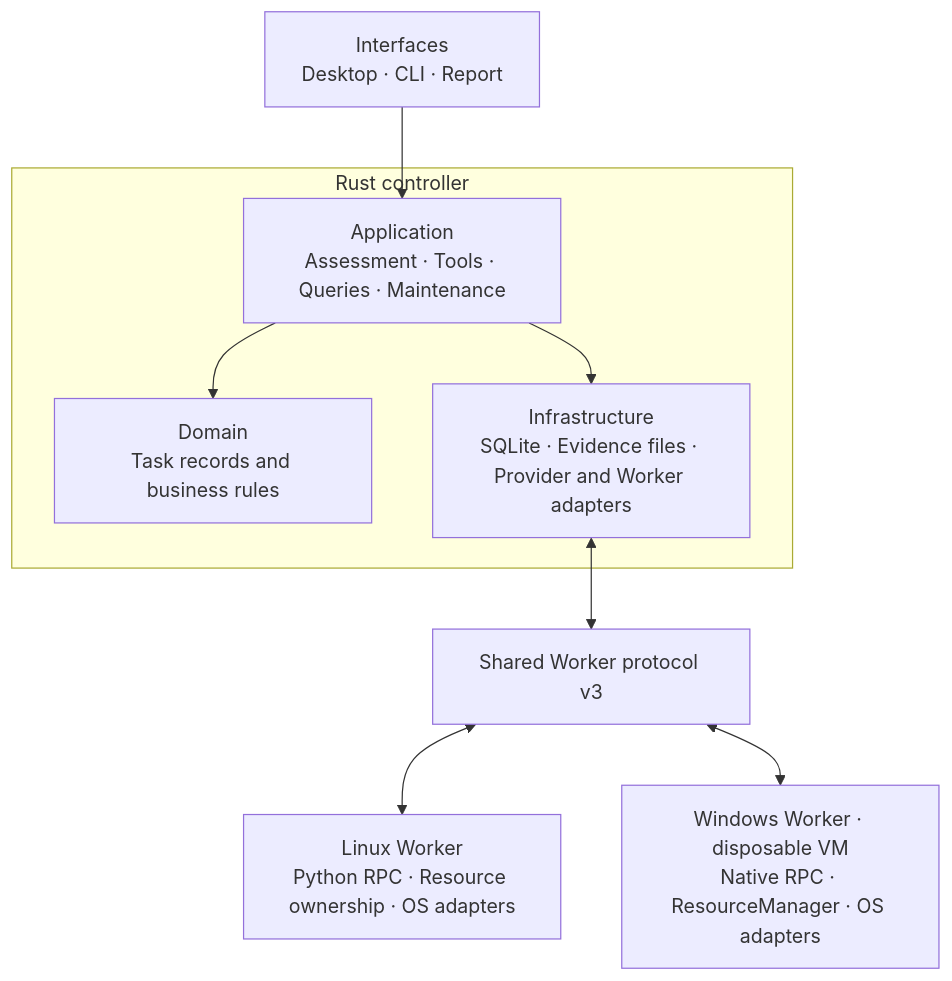
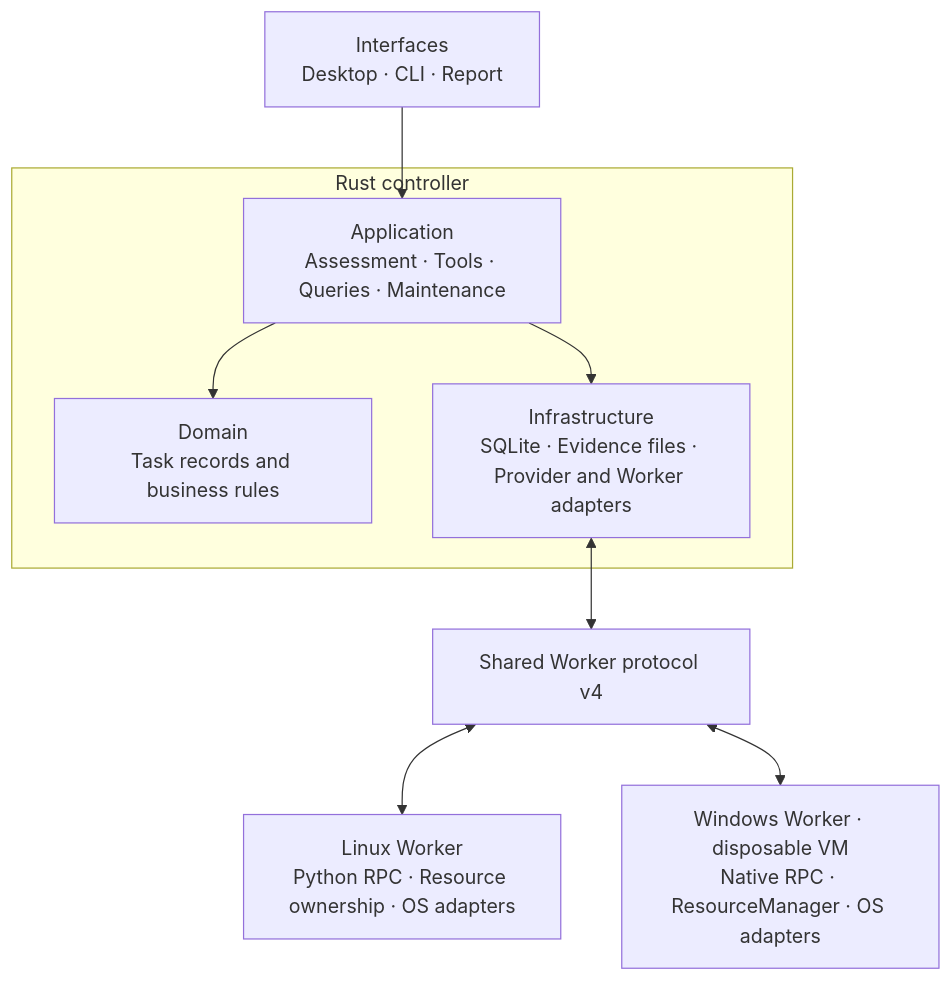
Before and after one commit to mark0-cn/Wukong: the first of 3 diagrams in docs/design/architecture.md, drawn with Mermaid. The commit also changed other lines of this file and 10 other files, not shown here.

````diff
--- a/docs/design/architecture.md
+++ b/docs/design/architecture.md
@@ -19,18 +19,18 @@
 ```mermaid
 flowchart TB
     IN["Interfaces<br/>Desktop · CLI · Report"]
     subgraph CONTROL["Rust controller"]
         APP["Application<br/>Assessment · Tools · Queries · Maintenance"]
         DOMAIN["Domain<br/>Task records and business rules"]
         IO["Infrastructure<br/>SQLite · Evidence files · Provider and Worker adapters"]
         APP --> DOMAIN
         APP --> IO
     end
-    PROTO["Shared Worker protocol v3"]
+    PROTO["Shared Worker protocol v4"]
     LINUX["Linux Worker<br/>Python RPC · Resource ownership · OS adapters"]
     WIN["Windows Worker · disposable VM<br/>Native RPC · ResourceManager · OS adapters"]
     IN --> APP
     IO <--> PROTO
     PROTO <--> LINUX
     PROTO <--> WIN
 ```
````
